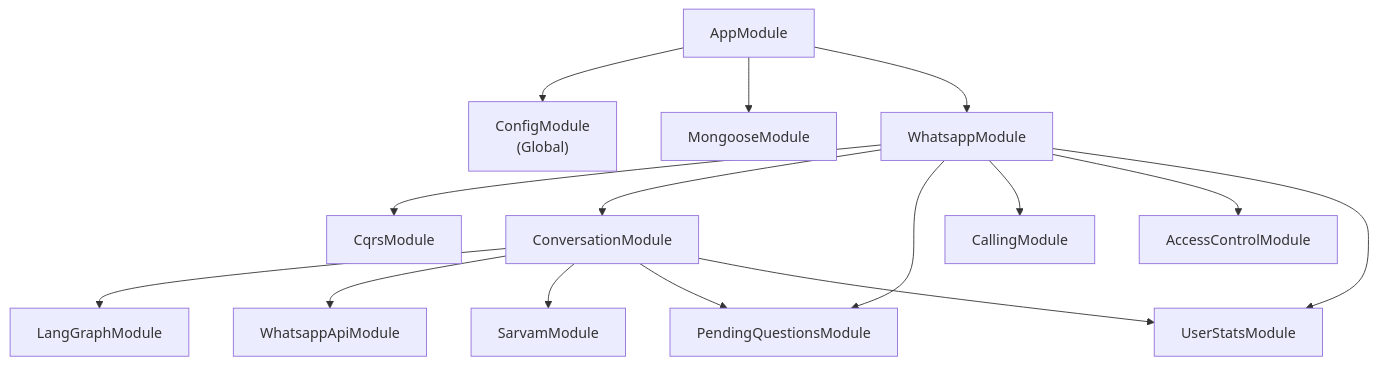
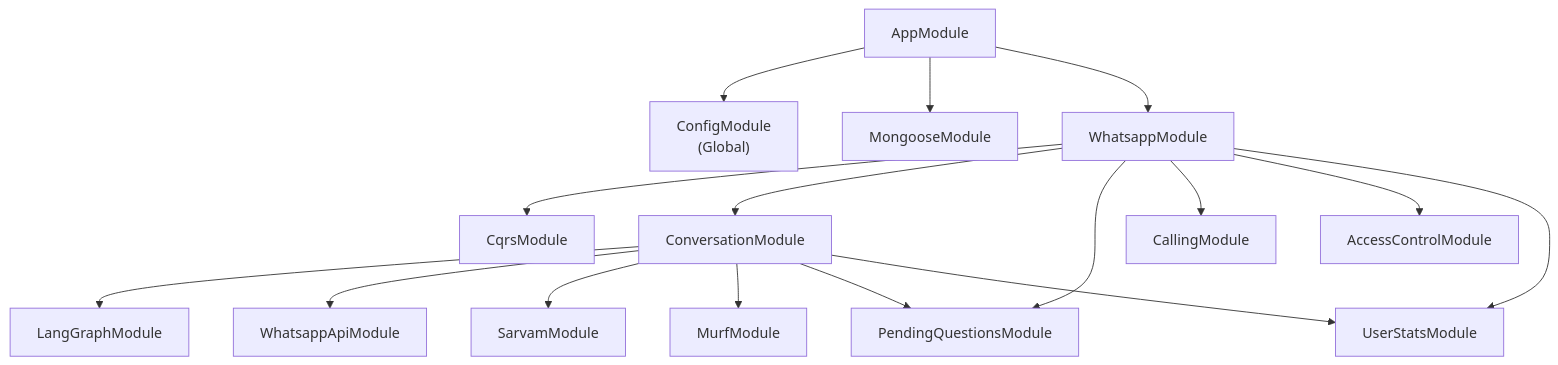
Before and after one commit to vicharanashala/wa-client: the second of 7 diagrams in docs/architecture.md, drawn with Mermaid. The commit also changed other lines of this file and 18 other files, not shown here.

````diff
--- a/docs/architecture.md
+++ b/docs/architecture.md
@@ -87,20 +92,21 @@
 ```mermaid
 graph TD
     APP["AppModule"]
     APP --> CONFIG["ConfigModule<br/>(Global)"]
     APP --> MONGOOSE["MongooseModule"]
     APP --> WA["WhatsappModule"]
 
     WA --> CQRS["CqrsModule"]
     WA --> CONV["ConversationModule"]
     WA --> PQ["PendingQuestionsModule"]
     WA --> CALLING["CallingModule"]
     WA --> AC["AccessControlModule"]
     WA --> US["UserStatsModule"]
 
     CONV --> LG["LangGraphModule"]
     CONV --> WA_API["WhatsappApiModule"]
     CONV --> SARV["SarvamModule"]
+    CONV --> MURF["MurfModule"]
     CONV --> PQ
     CONV --> US
 ```
````
